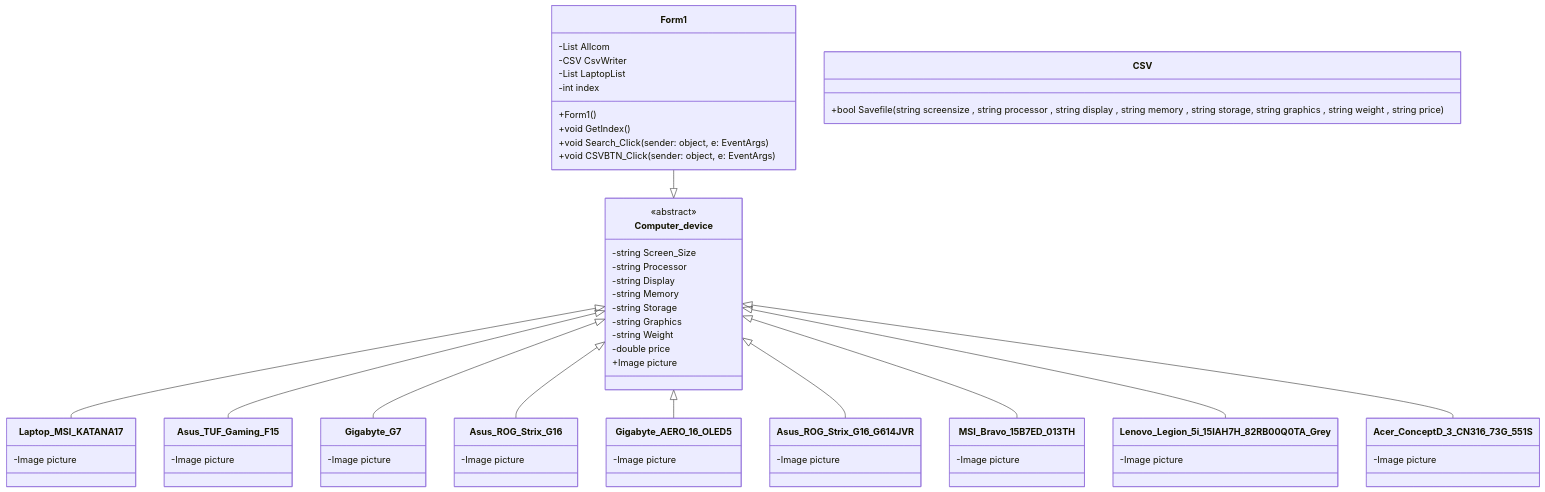
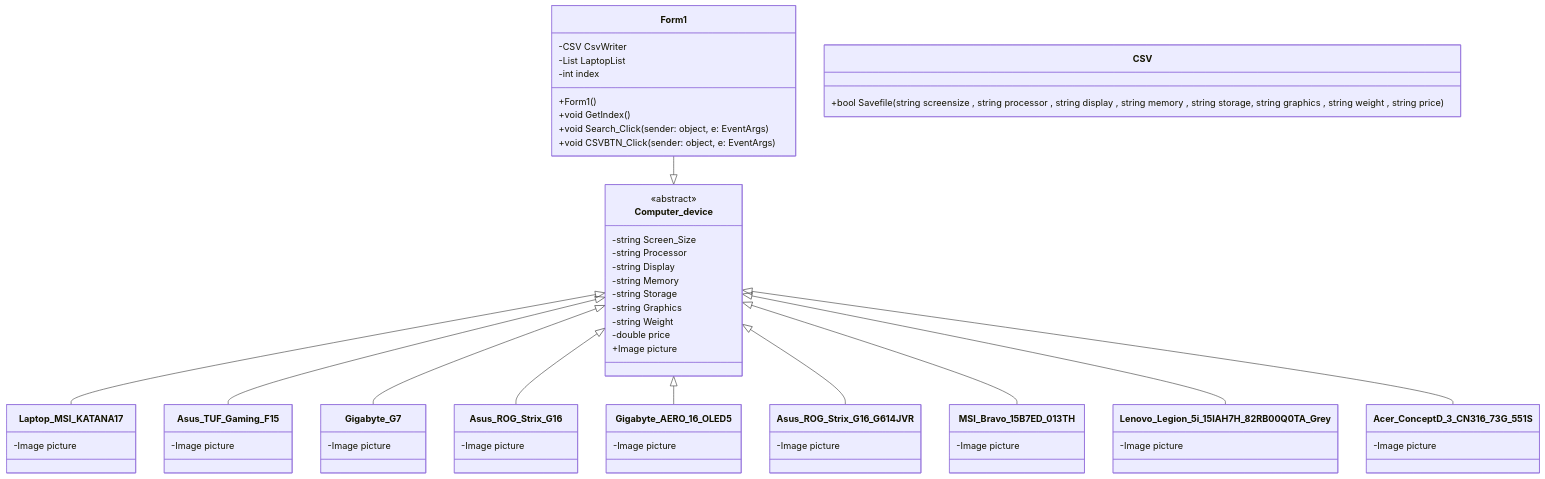
Before and after one commit to PastelMem/FinalProject: the diagram in README.md, drawn with Mermaid.

````diff
--- a/README.md
+++ b/README.md
@@ -8,77 +8,77 @@
 ```mermaid
 classDiagram
    class Form1 {
-        -List<Computer_device> Allcom
+        
         -CSV CsvWriter
         -List<string> LaptopList
         -int index
         +Form1()
         +void GetIndex()
         +void Search_Click(sender: object, e: EventArgs)
         +void CSVBTN_Click(sender: object, e: EventArgs)
     }
 
     class Computer_device {
         <<abstract>>
         -string Screen_Size
         -string Processor
         -string Display
         -string Memory
         -string Storage
         -string Graphics
         -string Weight
         -double price
         +Image picture
     }
 
     class Laptop_MSI_KATANA17 {
         -Image picture
     }
 
     class Asus_TUF_Gaming_F15 {
         -Image picture
     }
 
     class Gigabyte_G7 {
         -Image picture
     }
 
     class Asus_ROG_Strix_G16 {
         -Image picture
     }
 
     class Gigabyte_AERO_16_OLED5 {
         -Image picture
     }
 
     class Asus_ROG_Strix_G16_G614JVR {
         -Image picture
     }
 
     class MSI_Bravo_15B7ED_013TH {
         -Image picture
     }
 
     class Lenovo_Legion_5i_15IAH7H_82RB00Q0TA_Grey {
         -Image picture
     }
 
     class Acer_ConceptD_3_CN316_73G_551S {
         -Image picture
     }
 
     class CSV {
         +bool Savefile(string screensize , string processor , string display , string memory , string storage, string graphics , string weight , string price)
     }
     Form1 --|> Computer_device
     Computer_device <|-- Laptop_MSI_KATANA17
     Computer_device <|-- Asus_TUF_Gaming_F15
     Computer_device <|-- Gigabyte_G7
     Computer_device <|-- Asus_ROG_Strix_G16
     Computer_device <|-- Gigabyte_AERO_16_OLED5
     Computer_device <|-- Asus_ROG_Strix_G16_G614JVR
     Computer_device <|-- MSI_Bravo_15B7ED_013TH
     Computer_device <|-- Lenovo_Legion_5i_15IAH7H_82RB00Q0TA_Grey
     Computer_device <|-- Acer_ConceptD_3_CN316_73G_551S
     
 ```
````
